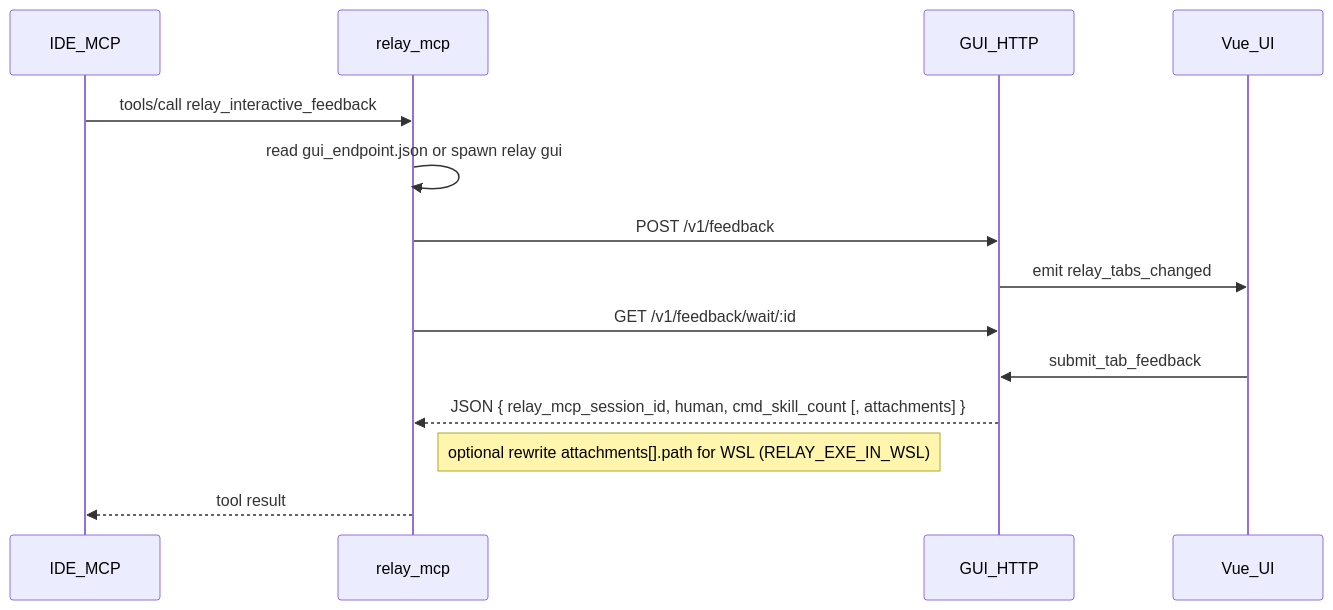
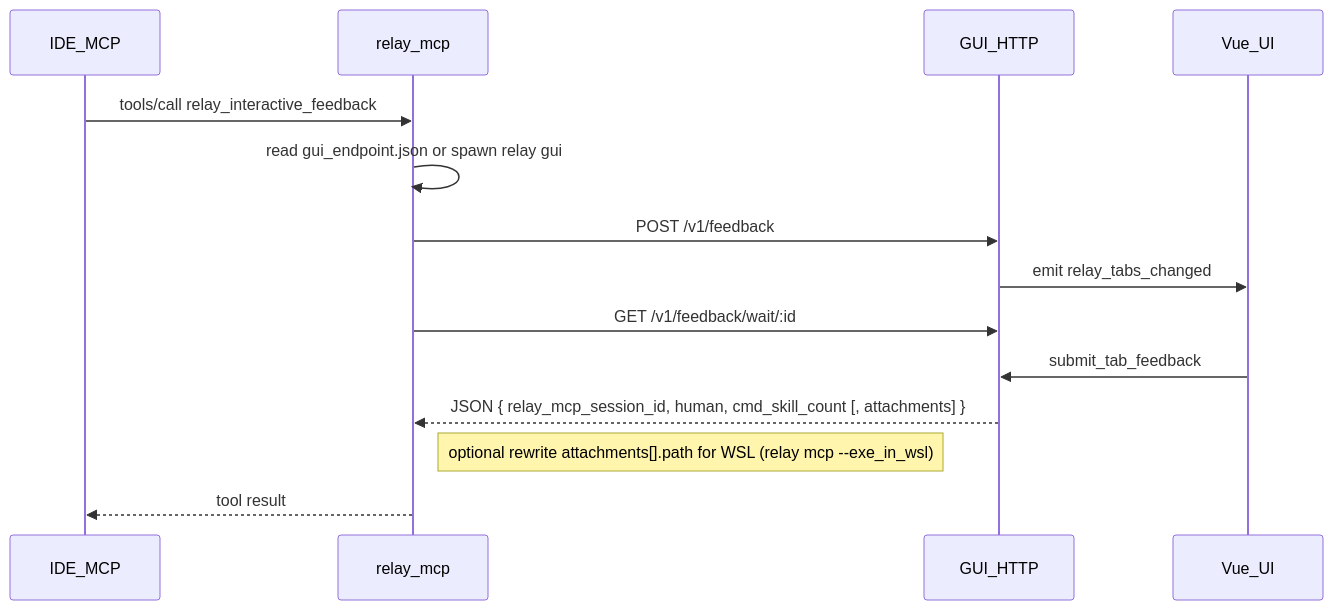
One commit to andeya/ide-relay-mcp changed the diagram in docs/HTTP_IPC.md. Above: the diagram before and after it, drawn with Mermaid. The commit also changed other lines of this file and 2 other files, not shown here.

First line of the commit message:
Update docs for WSL --exe_in_wsl flag, remove env references

````diff
--- a/docs/HTTP_IPC.md
+++ b/docs/HTTP_IPC.md
@@ -5,17 +5,17 @@
 ```mermaid
 sequenceDiagram
     participant IDE as IDE_MCP
     participant Mcp as relay_mcp
     participant Http as GUI_HTTP
     participant UI as Vue_UI
 
     IDE->>Mcp: tools/call relay_interactive_feedback
     Mcp->>Mcp: read gui_endpoint.json or spawn relay gui
     Mcp->>Http: POST /v1/feedback
     Http->>UI: emit relay_tabs_changed
     Mcp->>Http: GET /v1/feedback/wait/:id
     UI->>Http: submit_tab_feedback
     Http-->>Mcp: JSON { relay_mcp_session_id, human, cmd_skill_count [, attachments] }
-    Note right of Mcp: optional rewrite attachments[].path for WSL (RELAY_EXE_IN_WSL)
+    Note right of Mcp: optional rewrite attachments[].path for WSL (relay mcp --exe_in_wsl)
     Mcp-->>IDE: tool result
 ```
````
